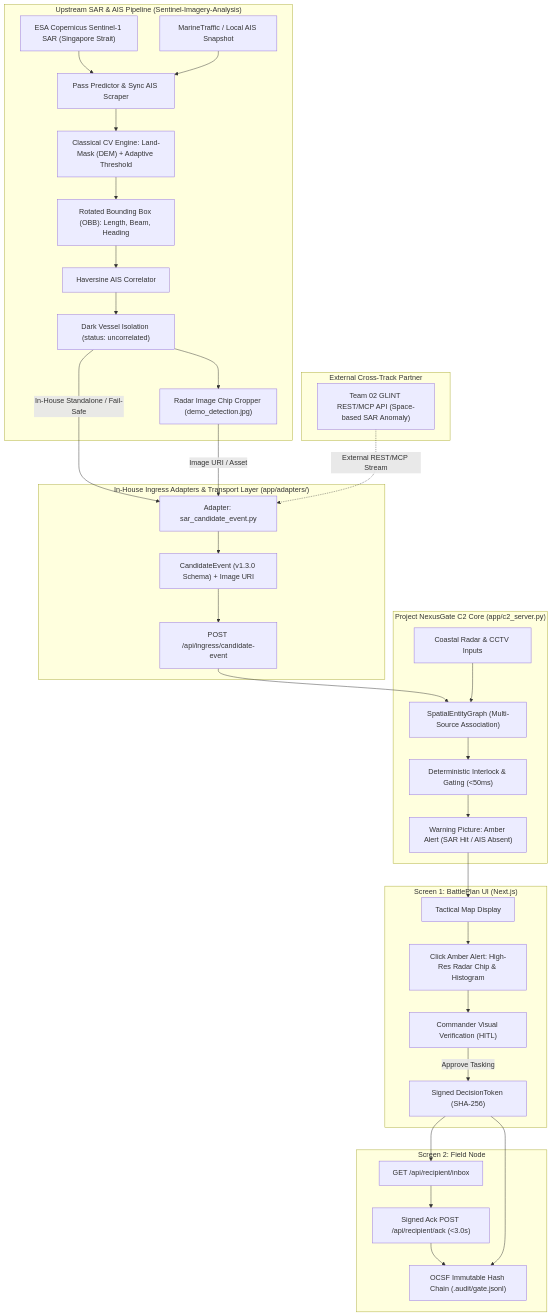
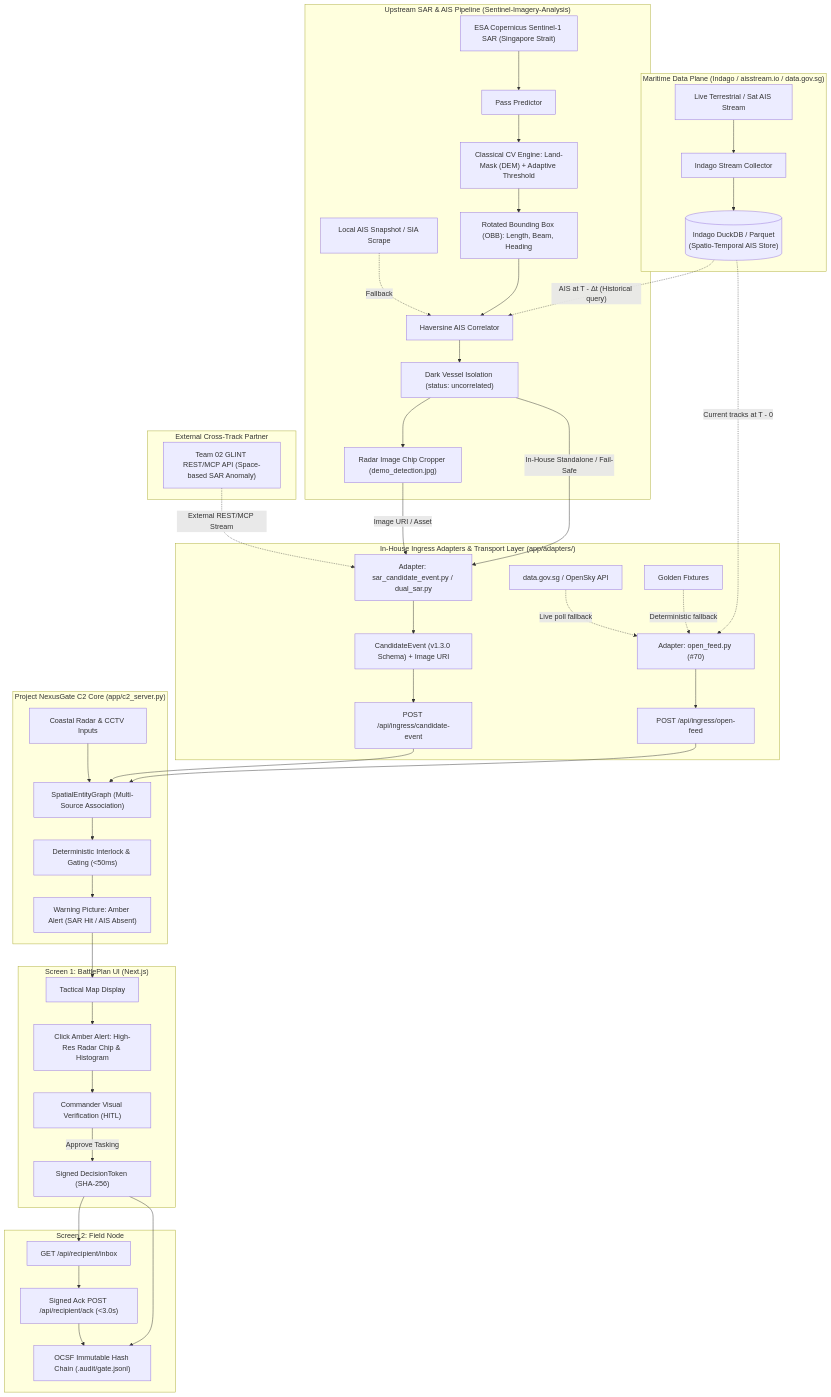
Before and after one commit to edgesentry/sdth-nexus-c2: the first of 2 diagrams in docs/architecture/sar_pipeline.md, drawn with Mermaid. The commit also changed other lines of this file and 16 other files, not shown here.

First line of the commit message:
Add Indago DuckDB open-feed AIS adapter (#70) (#72)

````diff
--- a/docs/architecture/sar_pipeline.md
+++ b/docs/architecture/sar_pipeline.md
@@ -25,46 +25,59 @@
 ```mermaid
 flowchart TD
+    subgraph MaritimeDataPlane ["Maritime Data Plane (Indago / aisstream.io / data.gov.sg)"]
+        AIS_LIVE["Live Terrestrial / Sat AIS Stream"] --> INDAGO["Indago Stream Collector"]
+        INDAGO --> DUCKDB[("Indago DuckDB / Parquet<br/>(Spatio-Temporal AIS Store)")]
+    end
+
     subgraph UpstreamSAR ["Upstream SAR & AIS Pipeline (Sentinel-Imagery-Analysis)"]
-        S1["ESA Copernicus Sentinel-1 SAR (Singapore Strait)"] --> PRE["Pass Predictor & Sync AIS Scraper"]
-        AIS["MarineTraffic / Local AIS Snapshot"] --> PRE
+        S1["ESA Copernicus Sentinel-1 SAR (Singapore Strait)"] --> PRE["Pass Predictor"]
+        DUCKDB -.->|"AIS at T - Δt (Historical query)"| CORR["Haversine AIS Correlator"]
+        AIS_LOCAL["Local AIS Snapshot / SIA Scrape"] -.->|Fallback| CORR
         PRE --> CV["Classical CV Engine: Land-Mask (DEM) + Adaptive Threshold"]
         CV --> OBB["Rotated Bounding Box (OBB): Length, Beam, Heading"]
-        OBB --> CORR["Haversine AIS Correlator"]
+        OBB --> CORR
         CORR --> DARK["Dark Vessel Isolation (status: uncorrelated)"]
         DARK --> CHIP["Radar Image Chip Cropper (demo_detection.jpg)"]
     end
 
     subgraph ExternalPartner ["External Cross-Track Partner"]
         GLINT["Team 02 GLINT REST/MCP API (Space-based SAR Anomaly)"]
     end
 
     subgraph IngressBridge ["In-House Ingress Adapters & Transport Layer (app/adapters/)"]
-        ADAPT["Adapter: sar_candidate_event.py"]
+        ADAPT["Adapter: sar_candidate_event.py / dual_sar.py"]
         DARK -->|"In-House Standalone / Fail-Safe"| ADAPT
         CHIP -->|"Image URI / Asset"| ADAPT
         GLINT -.->|"External REST/MCP Stream"| ADAPT
         ADAPT --> PAYLOAD["CandidateEvent (v1.3.0 Schema) + Image URI"]
         PAYLOAD --> C2_INGRESS["POST /api/ingress/candidate-event"]
+
+        OPEN_ADAPT["Adapter: open_feed.py (#70)"]
+        DUCKDB -.->|"Current tracks at T - 0"| OPEN_ADAPT
+        API_LIVE["data.gov.sg / OpenSky API"] -.->|Live poll fallback| OPEN_ADAPT
+        FIXTURE["Golden Fixtures"] -.->|Deterministic fallback| OPEN_ADAPT
+        OPEN_ADAPT --> C2_OPEN_INGRESS["POST /api/ingress/open-feed"]
     end
 
     subgraph NexusGateC2 ["Project NexusGate C2 Core (app/c2_server.py)"]
         C2_INGRESS --> GRAPH["SpatialEntityGraph (Multi-Source Association)"]
+        C2_OPEN_INGRESS --> GRAPH
         COASTAL["Coastal Radar & CCTV Inputs"] --> GRAPH
         GRAPH --> INTERLOCK["Deterministic Interlock & Gating (<50ms)"]
         INTERLOCK --> WARN["Warning Picture: Amber Alert (SAR Hit / AIS Absent)"]
     end
 
     subgraph OperatorCockpit ["Screen 1: BattlePlan UI (Next.js)"]
         WARN --> COCKPIT["Tactical Map Display"]
         COCKPIT --> MODAL["Click Amber Alert: High-Res Radar Chip & Histogram"]
         MODAL --> HITL["Commander Visual Verification (HITL)"]
         HITL -->|Approve Tasking| TOKEN["Signed DecisionToken (SHA-256)"]
     end
 
     subgraph EffectorAck ["Screen 2: Field Node"]
         TOKEN --> INBOX["GET /api/recipient/inbox"]
         INBOX --> ACK["Signed Ack POST /api/recipient/ack (<3.0s)"]
         ACK --> AUDIT["OCSF Immutable Hash Chain (.audit/gate.jsonl)"]
         TOKEN --> AUDIT
     end
 ```
````
